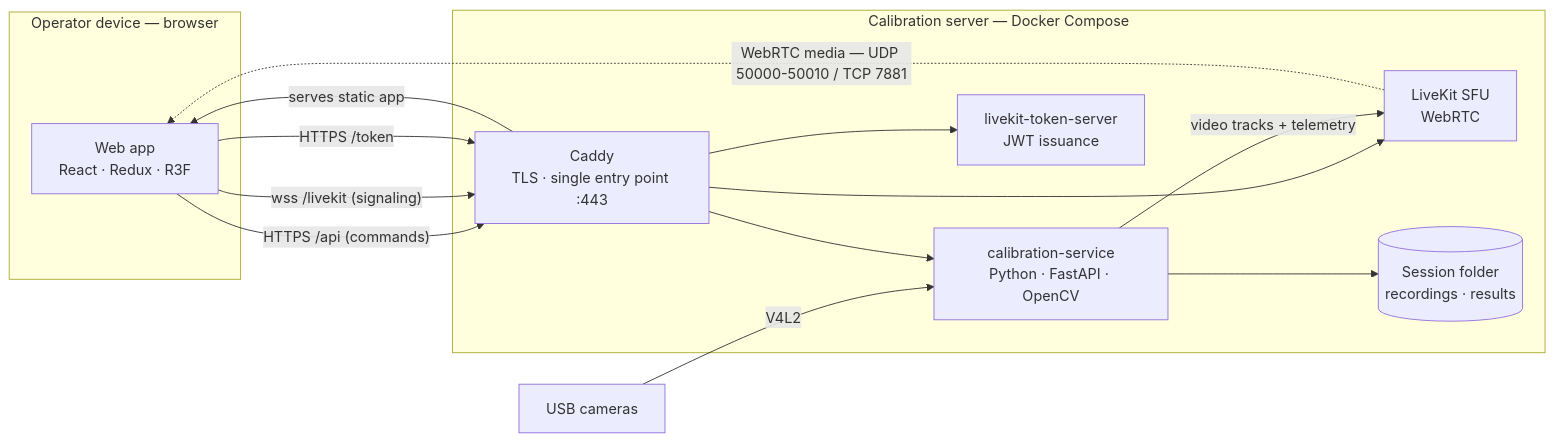
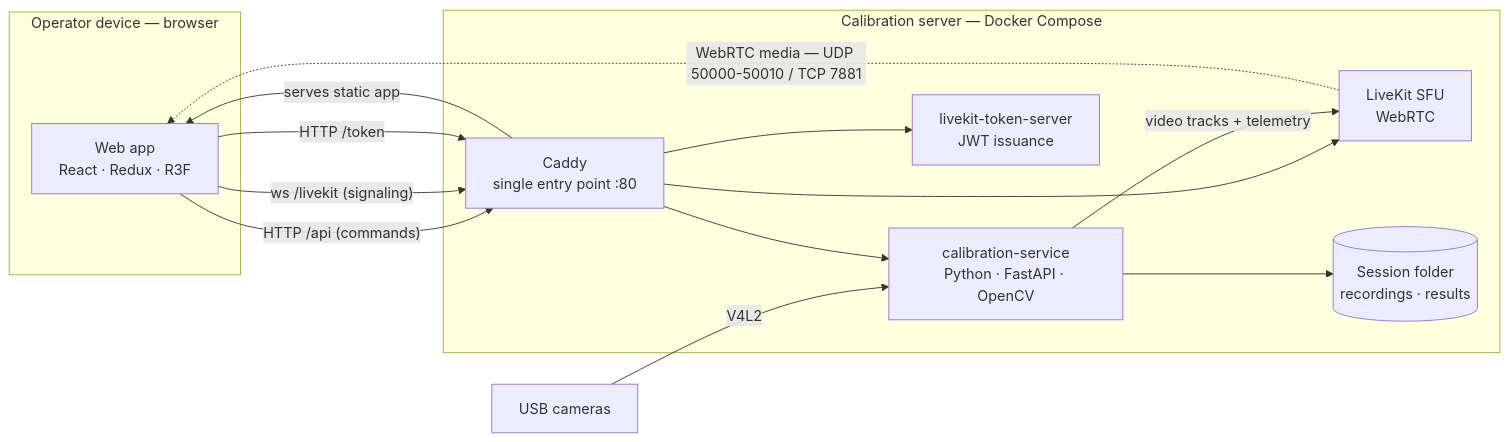
Before and after one commit to hans-brgs/realtime-calib: the first of 2 diagrams in docs-site/docs/architecture/overview.md, drawn with Mermaid. The commit also changed other lines of this file and 15 other files, not shown here.

First line of the commit message:
feat(infra): plain HTTP on the LAN, no TLS certificate (ADR-0063) (#61)

````diff
--- a/docs-site/docs/architecture/overview.md
+++ b/docs-site/docs/architecture/overview.md
@@ -41,26 +41,26 @@
 ```mermaid
 graph LR
     subgraph operator [Operator device — browser]
         WA[Web app<br/>React · Redux · R3F]
     end
 
     subgraph host [Calibration server — Docker Compose]
-        CADDY[Caddy<br/>TLS · single entry point :443]
+        CADDY[Caddy<br/>single entry point :80]
         CS[calibration-service<br/>Python · FastAPI · OpenCV]
         TS[livekit-token-server<br/>JWT issuance]
         LK[LiveKit SFU<br/>WebRTC]
         FS[(Session folder<br/>recordings · results)]
     end
 
     CAMS[USB cameras] -->|V4L2| CS
-    WA -->|"HTTPS /api (commands)"| CADDY
-    WA -->|"wss /livekit (signaling)"| CADDY
-    WA -->|"HTTPS /token"| CADDY
+    WA -->|"HTTP /api (commands)"| CADDY
+    WA -->|"ws /livekit (signaling)"| CADDY
+    WA -->|"HTTP /token"| CADDY
     CADDY -->|serves static app| WA
     CADDY --> CS
     CADDY --> TS
     CADDY --> LK
     CS -->|video tracks + telemetry| LK
     LK -.->|"WebRTC media — UDP 50000-50010 / TCP 7881"| WA
     CS --> FS
 ```
````
